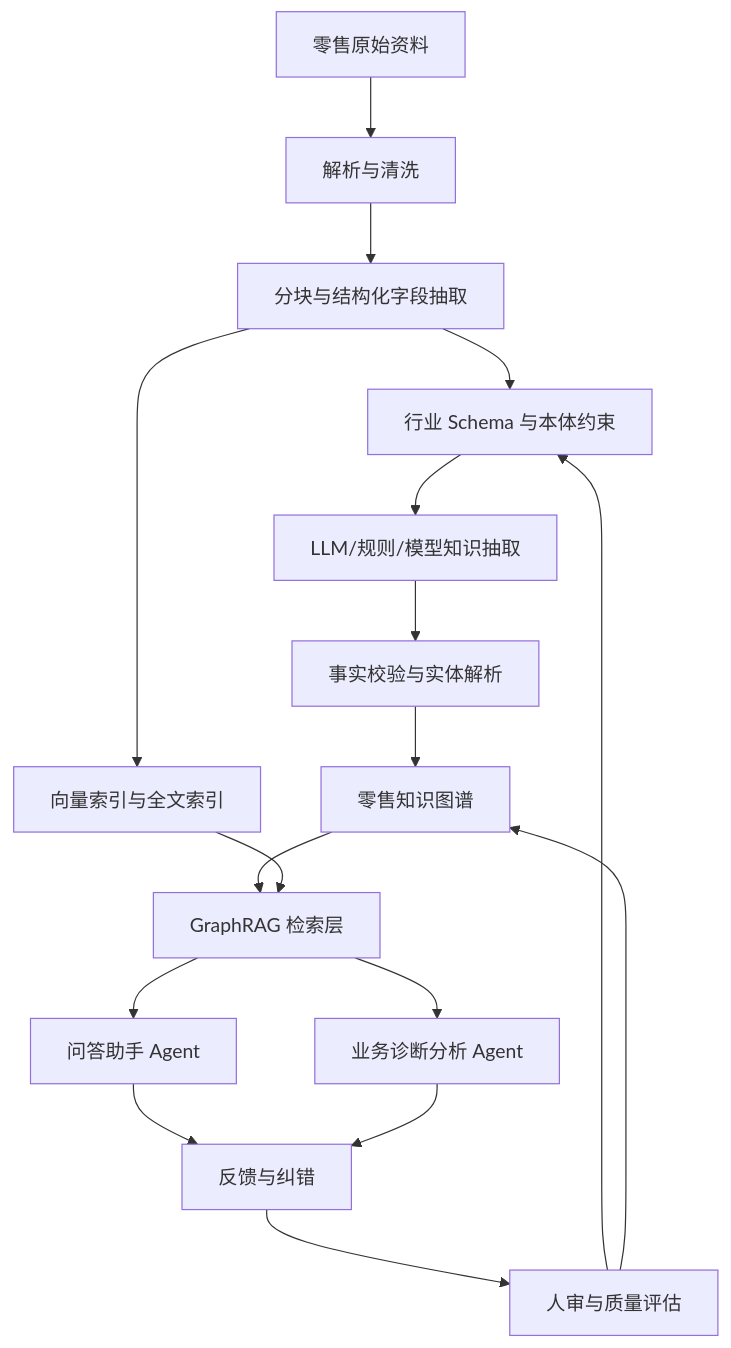
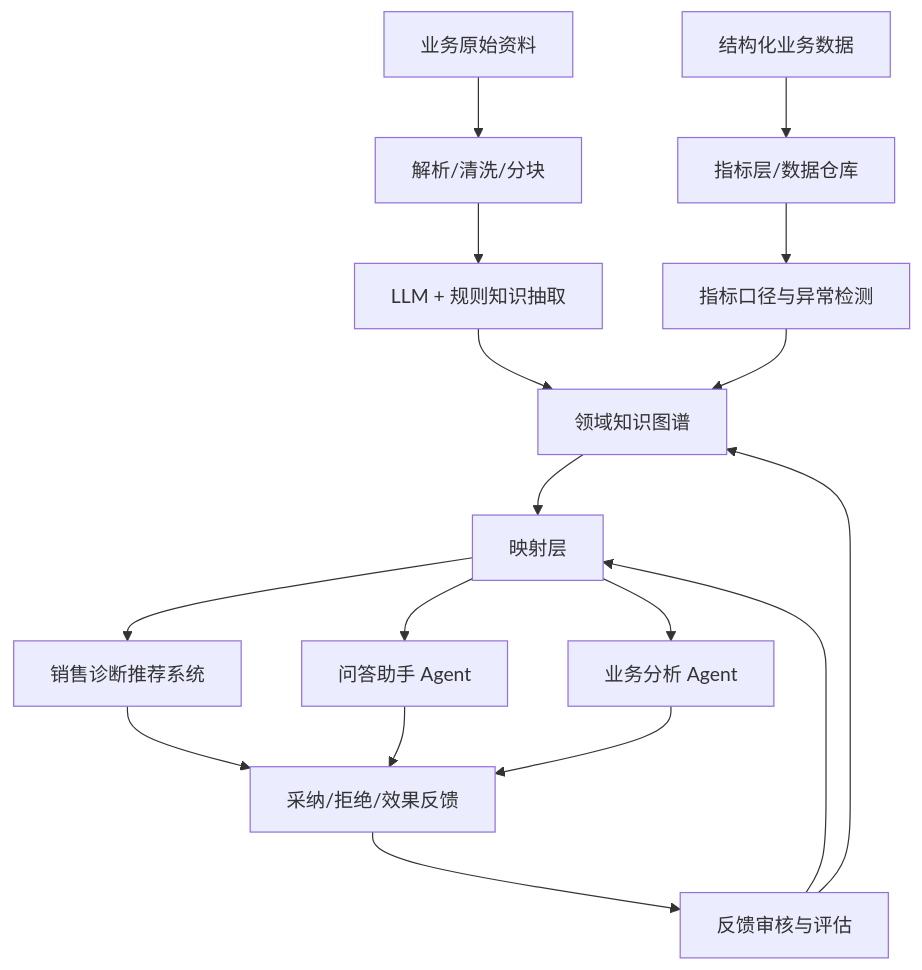
The third of 4 diagrams in lessons/13-企业实践与结课项目/content.md (caiqiyue/kg-learning), drawn with Mermaid before and after one commit. The commit also changed other lines of this file and 6 other files, not shown here.

````diff
--- a/lessons/13-企业实践与结课项目/content.md
+++ b/lessons/13-企业实践与结课项目/content.md
@@ -58,19 +144,19 @@
 ```mermaid
 flowchart TD
-    A[零售原始资料] --> B[解析与清洗]
-    B --> C[分块与结构化字段抽取]
-    C --> D[行业 Schema 与本体约束]
-    D --> E[LLM/规则/模型知识抽取]
-    E --> F[事实校验与实体解析]
-    F --> G[零售知识图谱]
-    C --> H[向量索引与全文索引]
-    G --> I[GraphRAG 检索层]
-    H --> I
-    I --> J[问答助手 Agent]
-    I --> K[业务诊断分析 Agent]
-    J --> L[反馈与纠错]
-    K --> L
-    L --> M[人审与质量评估]
-    M --> D
-    M --> G
+    A[业务原始资料] --> B[解析/清洗/分块]
+    A2[结构化业务数据] --> C[指标层/数据仓库]
+    B --> D[LLM + 规则知识抽取]
+    C --> E[指标口径与异常检测]
+    D --> F[领域知识图谱]
+    E --> F
+    F --> G[映射层]
+    G --> H[销售诊断推荐系统]
+    G --> I[问答助手 Agent]
+    G --> J[业务分析 Agent]
+    H --> K[采纳/拒绝/效果反馈]
+    I --> K
+    J --> K
+    K --> L[反馈审核与评估]
+    L --> F
+    L --> G
 ```
````
